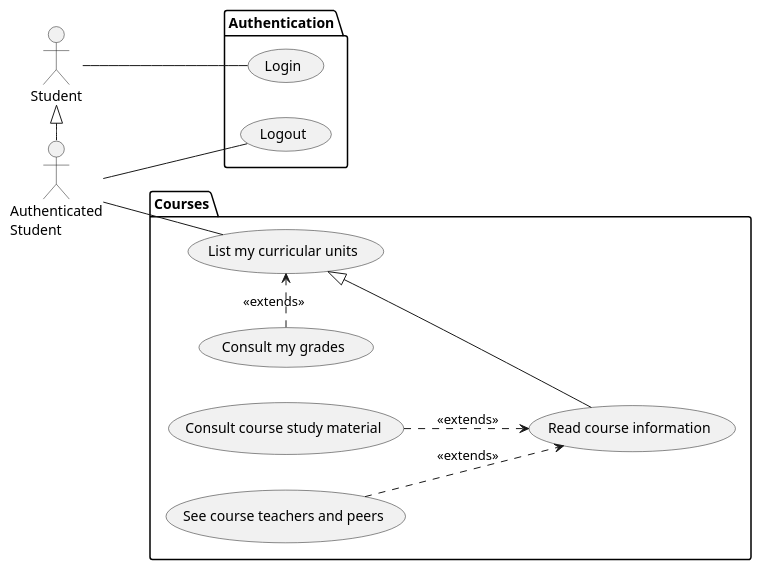
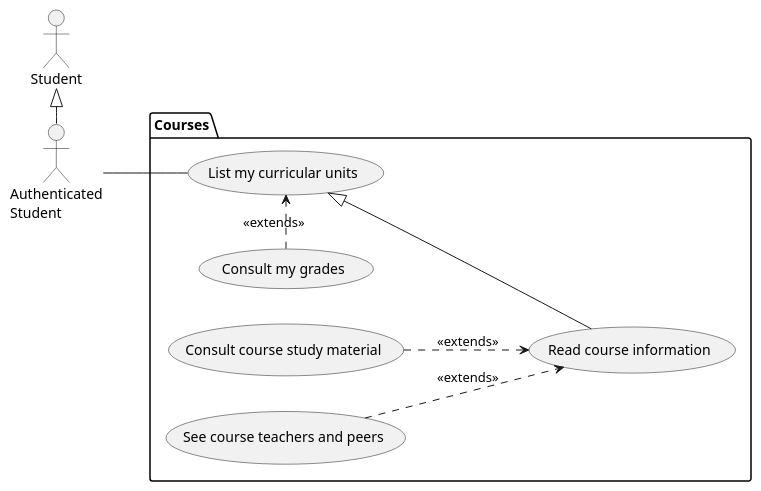
Before and after one commit to NanD0245/feup-esof: the diagram in docs/src/use_cases.puml, drawn with PlantUML.

Commit message:
Remove login/logout from use_cases

```diff
--- a/docs/src/use_cases.puml
+++ b/docs/src/use_cases.puml
@@ -1,28 +1,21 @@
 @startuml
     left to right direction
 
     actor :Student:
     actor :Authenticated\nStudent: as AuthStudent
     Student <|- AuthStudent
 
-    package Authentication {
-        usecase (Login) as U1
-        usecase (Logout) as U2
-    }
-    
     package Courses {
         usecase (List my curricular units) as U3
         usecase (Consult my grades) as U4
         U4 .> U3 : <<extends>>
         usecase (Read course information) as U5
         usecase (Consult course study material) as U6
         usecase (See course teachers and peers) as U7
         U6 ..> U5 : <<extends>>
         U7 ..> U5 : <<extends>>
     }
 
-    Student -- U1
-    AuthStudent -- U2
     AuthStudent -- U3
     U3 <|-- U5
 @enduml
```
